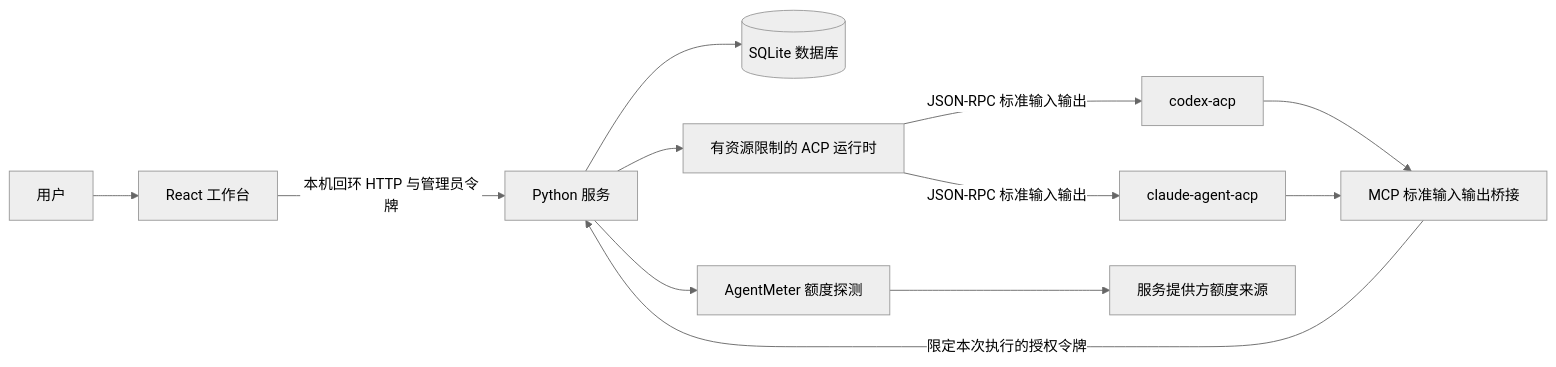
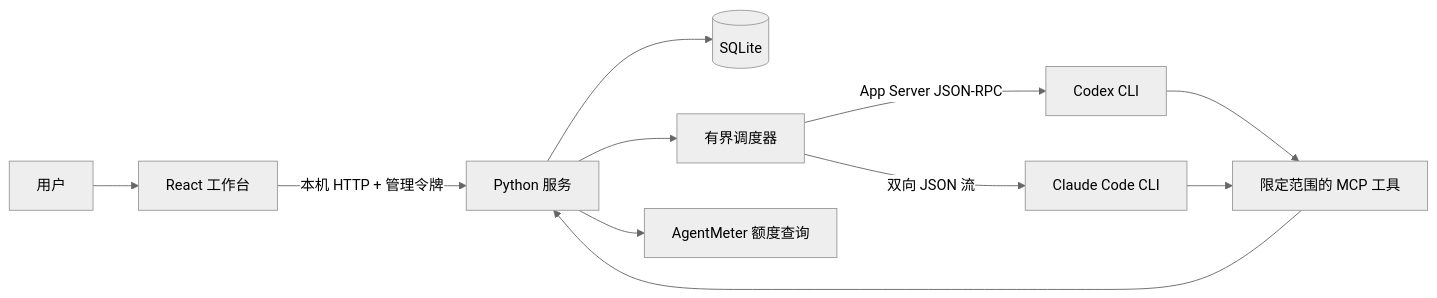
One commit to NginxL/AgentDock changed the first of 3 diagrams in docs/ARCHITECTURE.zh-CN.md. Above: the diagram before and after it, drawn with Mermaid (neutral theme). The commit also changed other lines of this file and 53 other files, not shown here.

````diff
--- a/docs/ARCHITECTURE.zh-CN.md
+++ b/docs/ARCHITECTURE.zh-CN.md
@@ -9,14 +9,13 @@
 ```mermaid
 flowchart LR
   Human[用户] --> UI[React 工作台]
-  UI -->|本机回环 HTTP 与管理员令牌| API[Python 服务]
-  API --> DB[(SQLite 数据库)]
-  API --> Runtime[有资源限制的 ACP 运行时]
-  Runtime -->|JSON-RPC 标准输入输出| Codex[codex-acp]
-  Runtime -->|JSON-RPC 标准输入输出| Claude[claude-agent-acp]
-  Codex --> Tools[MCP 标准输入输出桥接]
-  Claude --> Tools
-  Tools -->|限定本次执行的授权令牌| API
-  API --> Meter[AgentMeter 额度探测]
-  Meter --> Providers[服务提供方额度来源]
+  UI -->|本机 HTTP + 管理令牌| API[Python 服务]
+  API --> DB[(SQLite)]
+  API --> Queue[有界调度器]
+  Queue -->|App Server JSON-RPC| Codex[Codex CLI]
+  Queue -->|双向 JSON 流| Claude[Claude Code CLI]
+  Codex --> MCP[限定范围的 MCP 工具]
+  Claude --> MCP
+  MCP --> API
+  API --> Meter[AgentMeter 额度查询]
 ```
````
